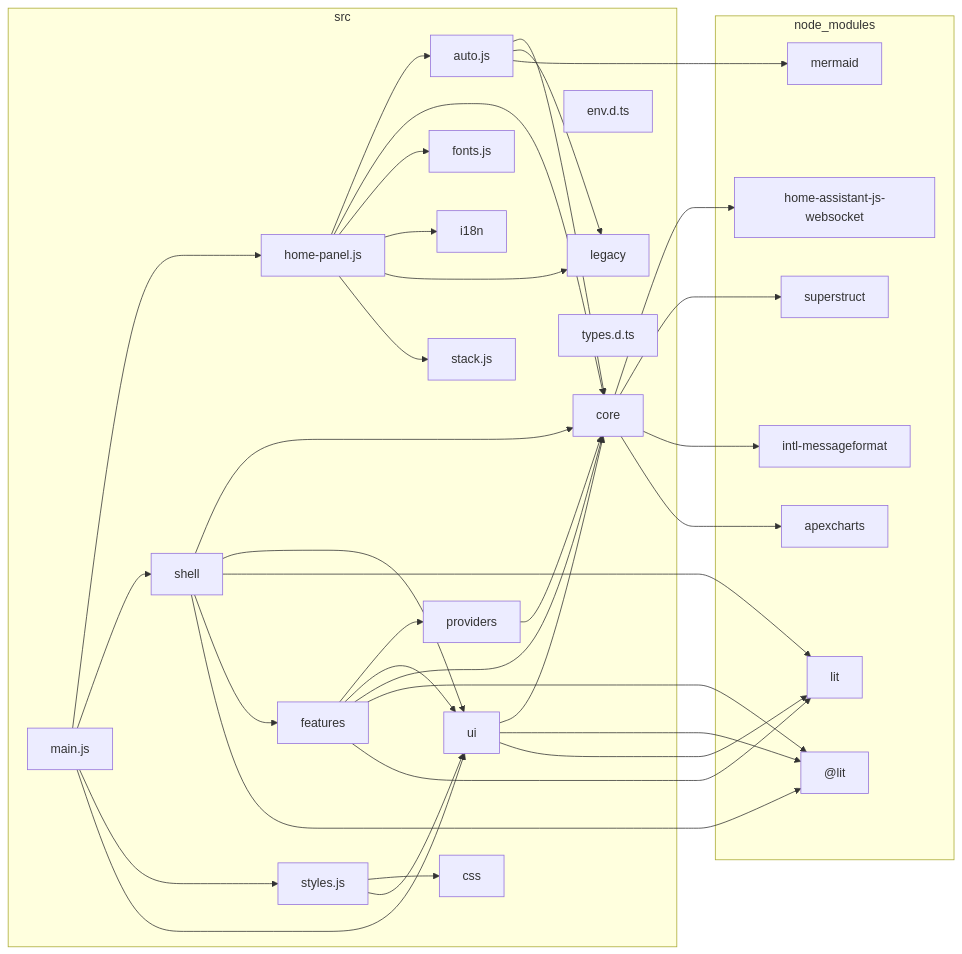
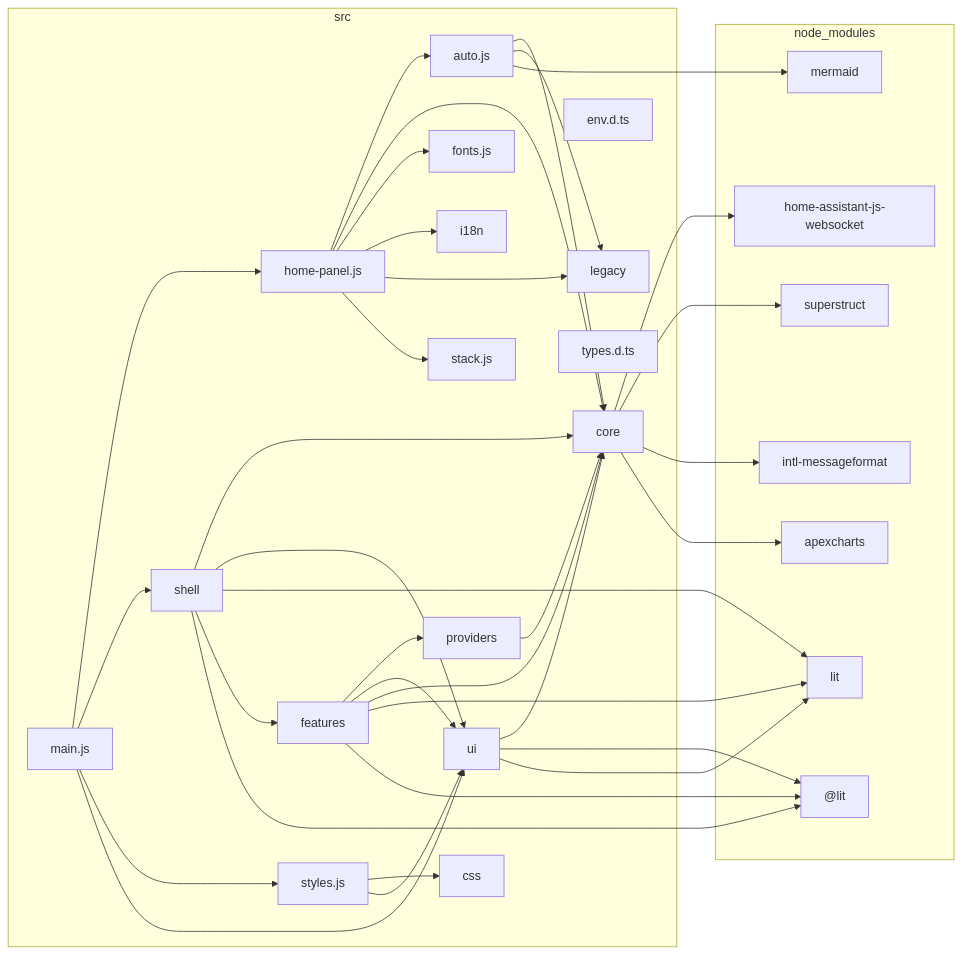
Before and after one commit to pldelisle/ha-home-panel: the diagram in docs/architecture/dependency-graph.md, drawn with Mermaid. The commit also changed other lines of this file and 22 other files, not shown here.

````diff
--- a/docs/architecture/dependency-graph.md
+++ b/docs/architecture/dependency-graph.md
@@ -5,64 +5,64 @@
 ```mermaid
 flowchart LR
 
 subgraph 0["node_modules"]
 1["@lit"]
 2["apexcharts"]
 3["home-assistant-js-websocket"]
 4["intl-messageformat"]
 5["lit"]
 6["mermaid"]
 7["superstruct"]
 end
 subgraph 8["src"]
 9["auto.js"]
 A["core"]
 B["css"]
 C["env.d.ts"]
 D["features"]
 E["fonts.js"]
 F["home-panel.js"]
 G["i18n"]
 H["legacy"]
 I["main.js"]
 J["providers"]
 K["shell"]
 L["stack.js"]
 M["styles.js"]
 N["types.d.ts"]
 O["ui"]
 end
 9-->A
 9-->H
 9-->6
 A-->3
 A-->7
 A-->4
 A-->2
 D-->J
 D-->O
 D-->A
+D-->5
 D-->1
-D-->5
 F-->9
 F-->A
 F-->E
 F-->G
 F-->H
 F-->L
 I-->F
 I-->K
 I-->M
 I-->O
 J-->A
 K-->A
 K-->O
 K-->5
 K-->D
 K-->1
 M-->B
 M-->O
 O-->A
 O-->1
 O-->5
 ```
````
